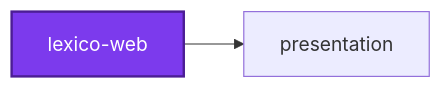
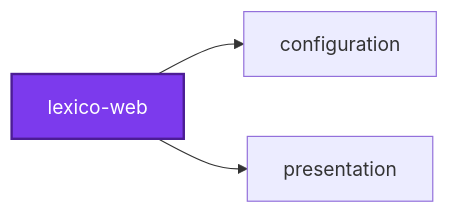
The first of 2 diagrams in projects/lexico/lexico-web/README.md (organizzolini/codebase), drawn with Mermaid before and after one commit. The commit also changed other lines of this file and 68 other files, not shown here.

````diff
--- a/projects/lexico/lexico-web/README.md
+++ b/projects/lexico/lexico-web/README.md
@@ -371,8 +371,10 @@
 ```mermaid
 graph LR
+  configuration["configuration"]
+  lexico_web["lexico-web"]
   presentation["presentation"]
-  lexico_web["lexico-web"]
+  lexico_web --> configuration
   lexico_web --> presentation
   classDef subject fill:#7c3aed,color:#fff,stroke:#4c1d95,stroke-width:2px
   class lexico_web subject
 ```
````
